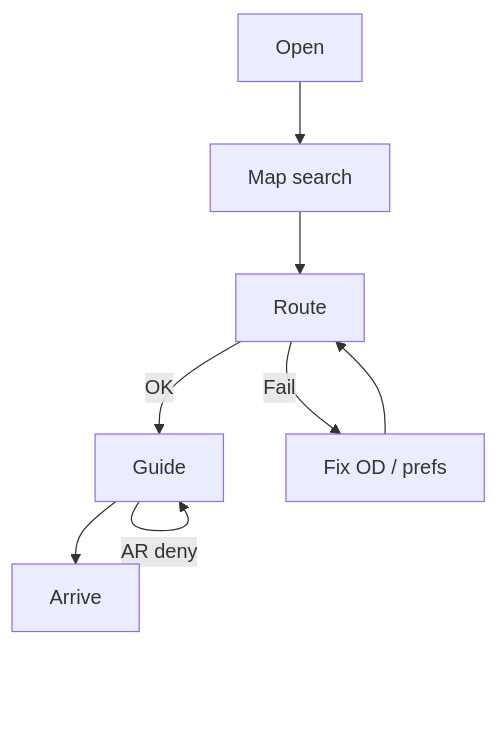
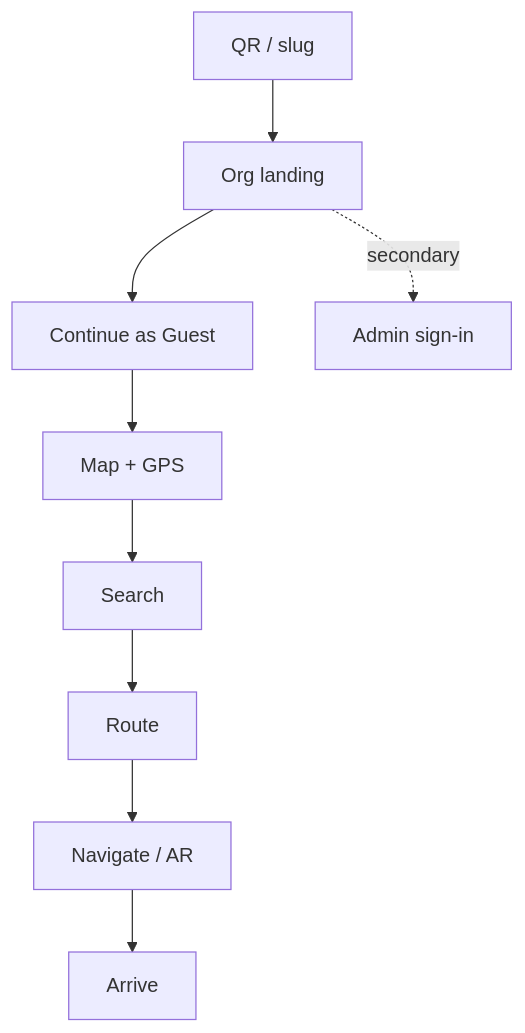
The first of 2 diagrams in docs/design/user-flows.md (PraveenKumarM17/CampusAR), drawn with Mermaid before and after one commit. The commit also changed other lines of this file and 52 other files, not shown here.

First line of the commit message:
Add guest-first admin map editor with GPS pinning and bendable routes

````diff
--- a/docs/design/user-flows.md
+++ b/docs/design/user-flows.md
@@ -26,10 +29,11 @@
 ```mermaid
 flowchart TD
-  A[Open] --> B[Map search]
-  B --> C[Route]
-  C -->|OK| D[Guide]
-  C -->|Fail| E[Fix OD / prefs]
-  E --> C
-  D -->|AR deny| D
-  D --> F[Arrive]
+  QR[QR / slug] --> L[Org landing]
+  L --> G[Continue as Guest]
+  G --> M[Map + GPS]
+  M --> S[Search]
+  S --> R[Route]
+  R --> N[Navigate / AR]
+  N --> A[Arrive]
+  L -.->|secondary| AD[Admin sign-in]
 ```
````
